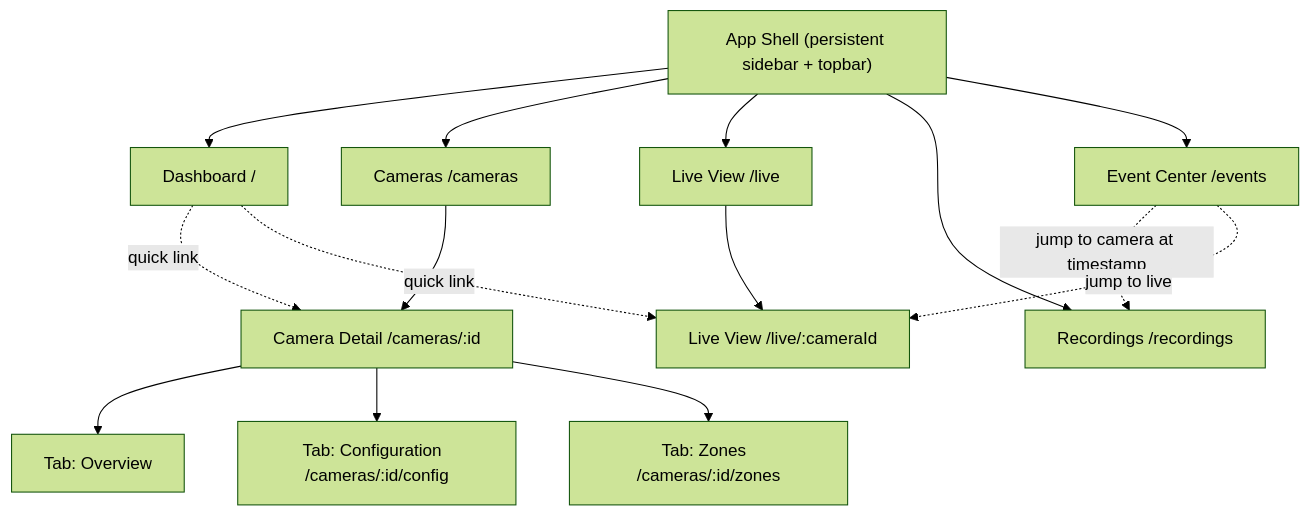
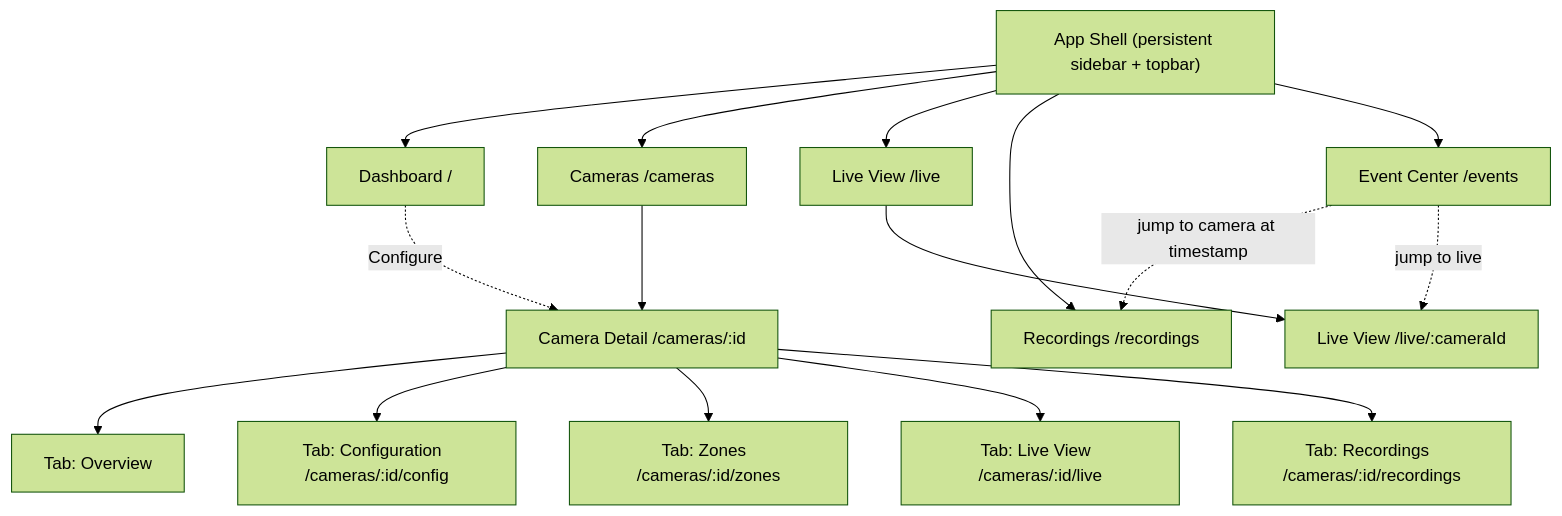
One commit to mohiuddin571/vigilAI changed the diagram in docs/UI_UX_DESIGN.md. Above: the diagram before and after it, drawn with Mermaid (forest theme). The commit also changed other lines of this file and 47 other files, not shown here.

````diff
--- a/docs/UI_UX_DESIGN.md
+++ b/docs/UI_UX_DESIGN.md
@@ -21,21 +21,22 @@
 ```mermaid
 flowchart TD
     Shell["App Shell (persistent sidebar + topbar)"]
     Shell --> Dashboard["Dashboard  /"]
     Shell --> Cameras["Cameras  /cameras"]
     Shell --> Live["Live View  /live"]
     Shell --> Recordings["Recordings  /recordings"]
     Shell --> Events["Event Center  /events"]
 
     Cameras --> CameraDetail["Camera Detail  /cameras/:id"]
     CameraDetail --> Overview["Tab: Overview"]
     CameraDetail --> Config["Tab: Configuration  /cameras/:id/config"]
     CameraDetail --> Zones["Tab: Zones  /cameras/:id/zones"]
+    CameraDetail --> DetailLive["Tab: Live View  /cameras/:id/live"]
+    CameraDetail --> DetailRecordings["Tab: Recordings  /cameras/:id/recordings"]
 
     Live --> LiveCamera["Live View  /live/:cameraId"]
 
-    Dashboard -. "quick link" .-> CameraDetail
-    Dashboard -. "quick link" .-> LiveCamera
+    Dashboard -. "Configure" .-> CameraDetail
     Events -. "jump to camera at timestamp" .-> Recordings
     Events -. "jump to live" .-> LiveCamera
 ```
````
